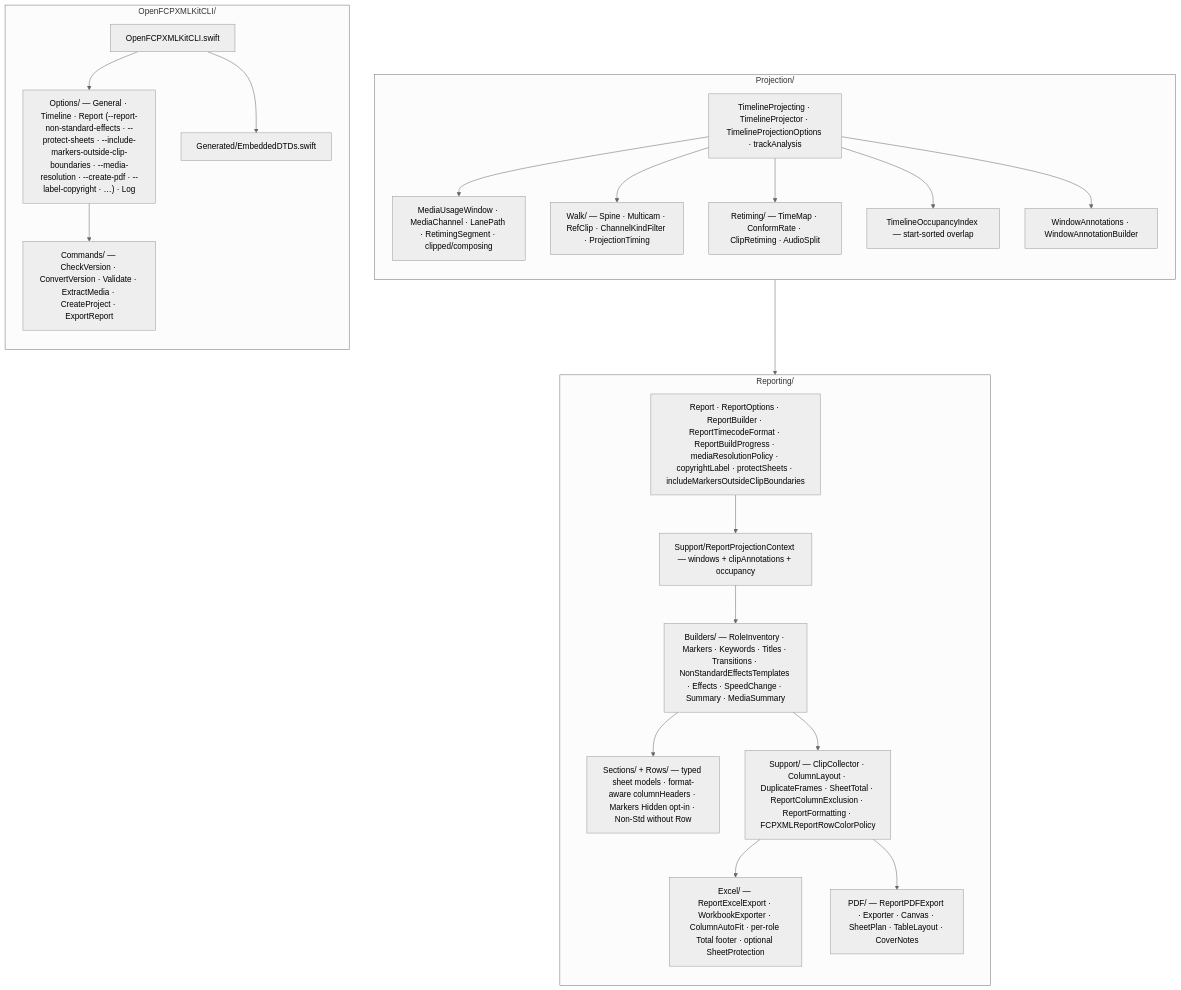
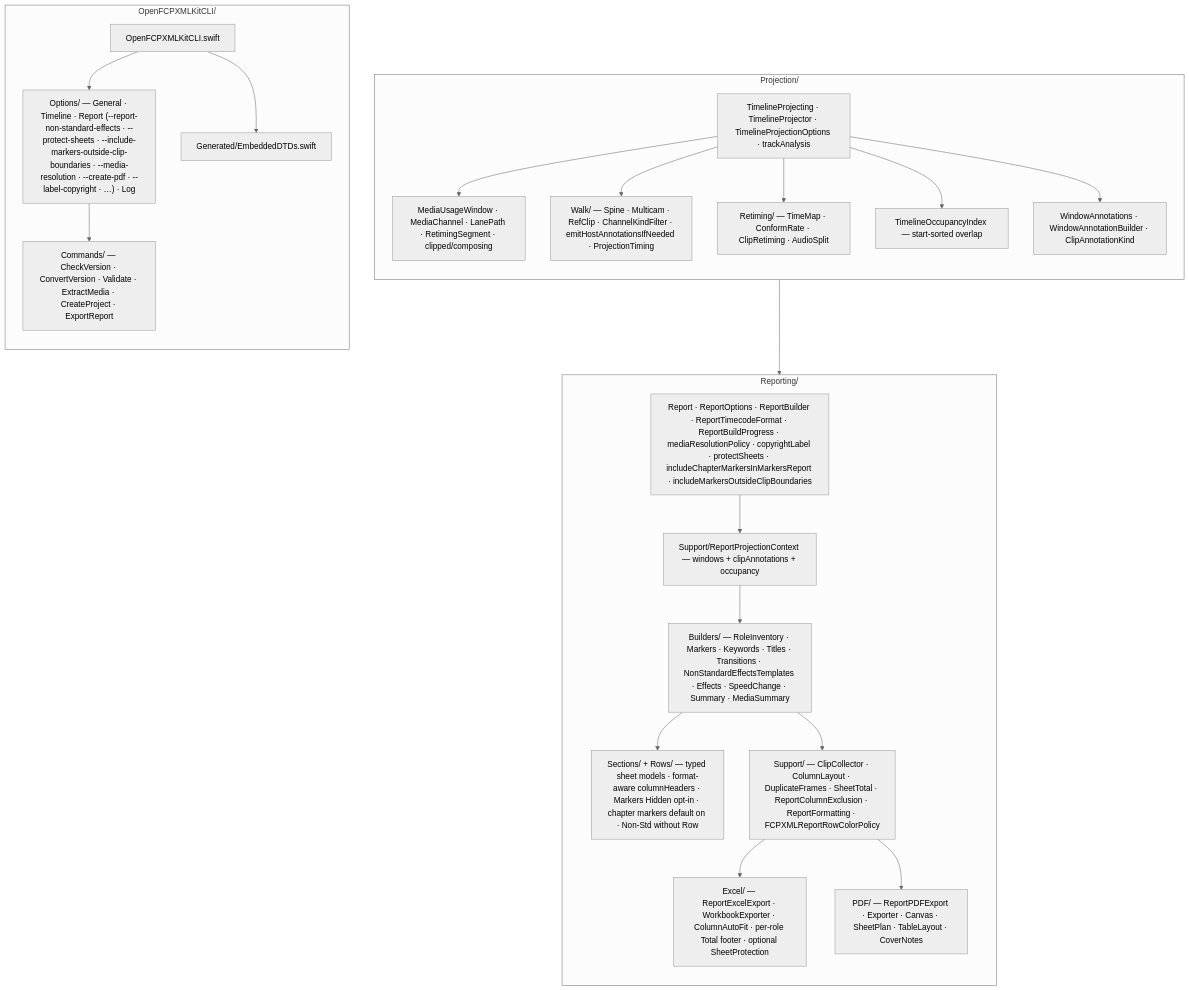
The fifth of 6 diagrams in ARCHITECTURE.md (TheAcharya/OpenFCPXMLKit), drawn with Mermaid (neutral theme) before and after one commit. The commit also changed other lines of this file and 31 other files, not shown here.

First line of the commit message:
Fix Markers/Keywords Projection gaps and include chapter markers by default for 3.2.2

````diff
--- a/ARCHITECTURE.md
+++ b/ARCHITECTURE.md
@@ -300,44 +302,44 @@
 ```mermaid
 flowchart TB
     subgraph PRJ_DETAIL["Projection/"]
         direction TB
         P_API["TimelineProjecting · TimelineProjector · TimelineProjectionOptions · trackAnalysis"]
         P_WIN["MediaUsageWindow · MediaChannel · LanePath · RetimingSegment · clipped/composing"]
-        P_WALK["Walk/ — Spine · Multicam · RefClip · ChannelKindFilter · ProjectionTiming"]
+        P_WALK["Walk/ — Spine · Multicam · RefClip · ChannelKindFilter · emitHostAnnotationsIfNeeded · ProjectionTiming"]
         P_RET["Retiming/ — TimeMap · ConformRate · ClipRetiming · AudioSplit"]
         P_OCC["TimelineOccupancyIndex — start-sorted overlap"]
-        P_ANN["WindowAnnotations · WindowAnnotationBuilder"]
+        P_ANN["WindowAnnotations · WindowAnnotationBuilder · ClipAnnotationKind"]
         P_API --> P_WIN
         P_API --> P_WALK
         P_API --> P_RET
         P_API --> P_OCC
         P_API --> P_ANN
     end
 
     subgraph REP_DETAIL["Reporting/"]
         direction TB
-        R_TOP["Report · ReportOptions · ReportBuilder · ReportTimecodeFormat · ReportBuildProgress · mediaResolutionPolicy · copyrightLabel · protectSheets · includeMarkersOutsideClipBoundaries"]
+        R_TOP["Report · ReportOptions · ReportBuilder · ReportTimecodeFormat · ReportBuildProgress · mediaResolutionPolicy · copyrightLabel · protectSheets · includeChapterMarkersInMarkersReport · includeMarkersOutsideClipBoundaries"]
         R_CTX["Support/ReportProjectionContext — windows + clipAnnotations + occupancy"]
         R_BLD["Builders/ — RoleInventory · Markers · Keywords · Titles · Transitions · NonStandardEffectsTemplates · Effects · SpeedChange · Summary · MediaSummary"]
-        R_SEC["Sections/ + Rows/ — typed sheet models · format-aware columnHeaders · Markers Hidden opt-in · Non-Std without Row"]
+        R_SEC["Sections/ + Rows/ — typed sheet models · format-aware columnHeaders · Markers Hidden opt-in · chapter markers default on · Non-Std without Row"]
         R_SUP["Support/ — ClipCollector · ColumnLayout · DuplicateFrames · SheetTotal · ReportColumnExclusion · ReportFormatting · FCPXMLReportRowColorPolicy"]
         R_XLS["Excel/ — ReportExcelExport · WorkbookExporter · ColumnAutoFit · per-role Total footer · optional SheetProtection"]
         R_PDF["PDF/ — ReportPDFExport · Exporter · Canvas · SheetPlan · TableLayout · CoverNotes"]
         R_TOP --> R_CTX --> R_BLD --> R_SEC
         R_BLD --> R_SUP
         R_SUP --> R_XLS
         R_SUP --> R_PDF
     end
 
     PRJ_DETAIL --> REP_DETAIL
 
     subgraph CLI_DETAIL["OpenFCPXMLKitCLI/"]
         direction TB
         C_ROOT["OpenFCPXMLKitCLI.swift"]
         C_OPT["Options/ — General · Timeline · Report (--report-non-standard-effects · --protect-sheets · --include-markers-outside-clip-boundaries · --media-resolution · --create-pdf · --label-copyright · …) · Log"]
         C_CMD["Commands/ — CheckVersion · ConvertVersion · Validate · ExtractMedia · CreateProject · ExportReport"]
         C_GEN["Generated/EmbeddedDTDs.swift"]
         C_ROOT --> C_OPT --> C_CMD
         C_ROOT --> C_GEN
     end
 ```
````
